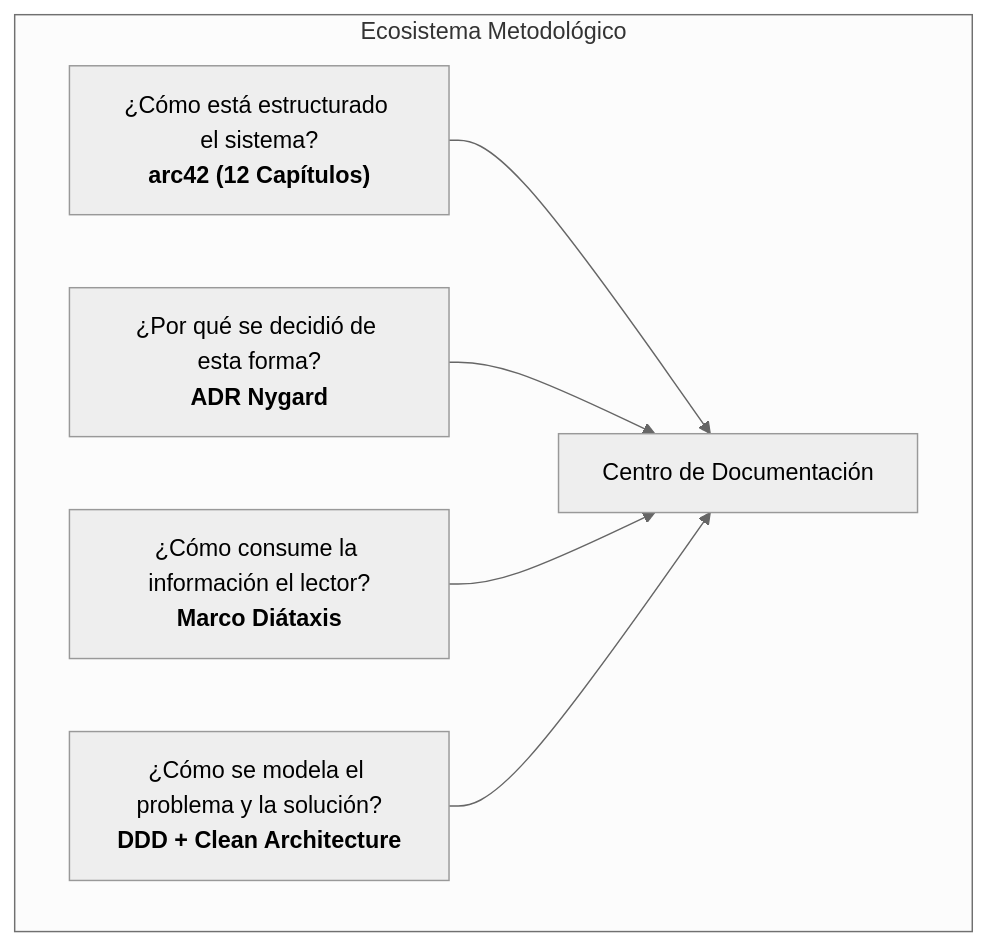
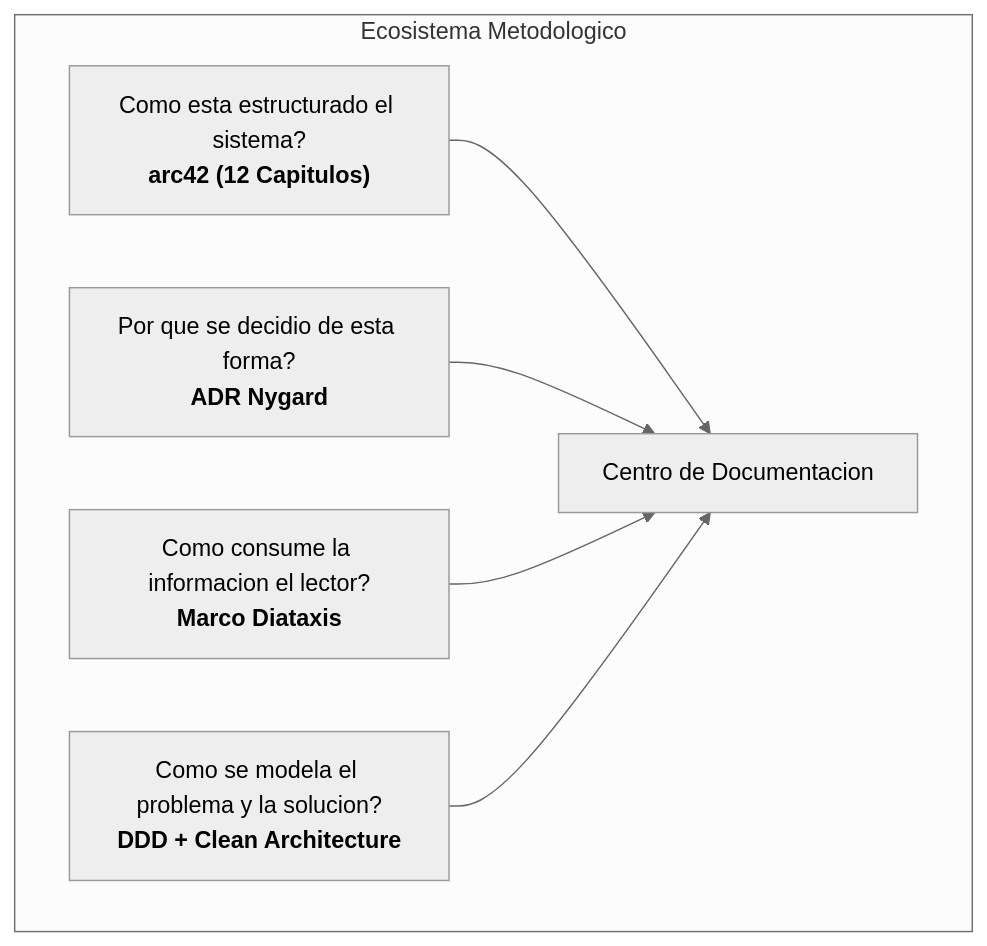
Before and after one commit to EdwinDragusin/agent-core-skills: the first of 3 diagrams in skills/docs-governance-mastery/references/guia-maestra-estandar.md, drawn with Mermaid (neutral theme). The commit also changed other lines of this file and 89 other files, not shown here.

````diff
--- a/skills/docs-governance-mastery/references/guia-maestra-estandar.md
+++ b/skills/docs-governance-mastery/references/guia-maestra-estandar.md
@@ -22,9 +22,9 @@
 ```mermaid
 flowchart TD
-    subgraph MarcosMetodologicos["Ecosistema Metodológico"]
-        A["¿Cómo está estructurado el sistema?<br/><b>arc42 (12 Capítulos)</b>"] --> Doc["Centro de Documentación"]
-        B["¿Por qué se decidió de esta forma?<br/><b>ADR Nygard</b>"] --> Doc
-        C["¿Cómo consume la información el lector?<br/><b>Marco Diátaxis</b>"] --> Doc
-        D["¿Cómo se modela el problema y la solución?<br/><b>DDD + Clean Architecture</b>"] --> Doc
+    subgraph MarcosMetodologicos["Ecosistema Metodologico"]
+        A["Como esta estructurado el sistema?<br/><b>arc42 (12 Capitulos)</b>"] --> Doc["Centro de Documentacion"]
+        B["Por que se decidio de esta forma?<br/><b>ADR Nygard</b>"] --> Doc
+        C["Como consume la informacion el lector?<br/><b>Marco Diataxis</b>"] --> Doc
+        D["Como se modela el problema y la solucion?<br/><b>DDD + Clean Architecture</b>"] --> Doc
     end
 ```
````
